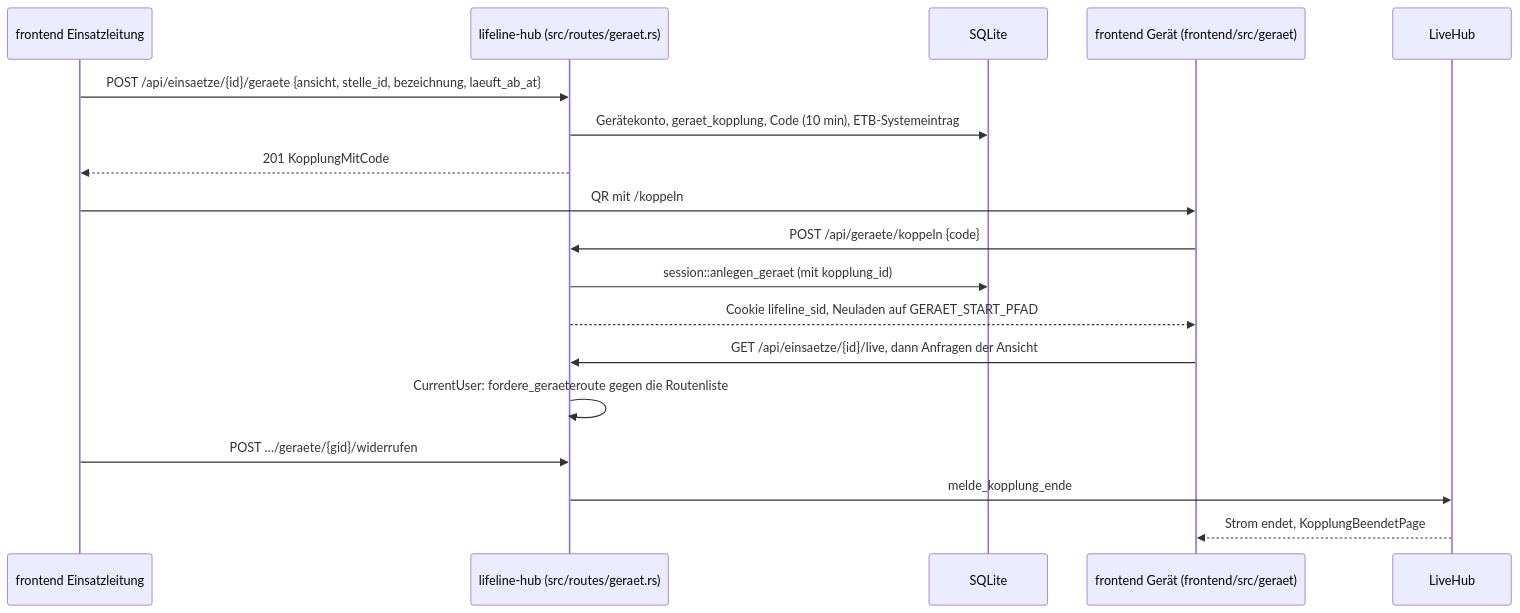
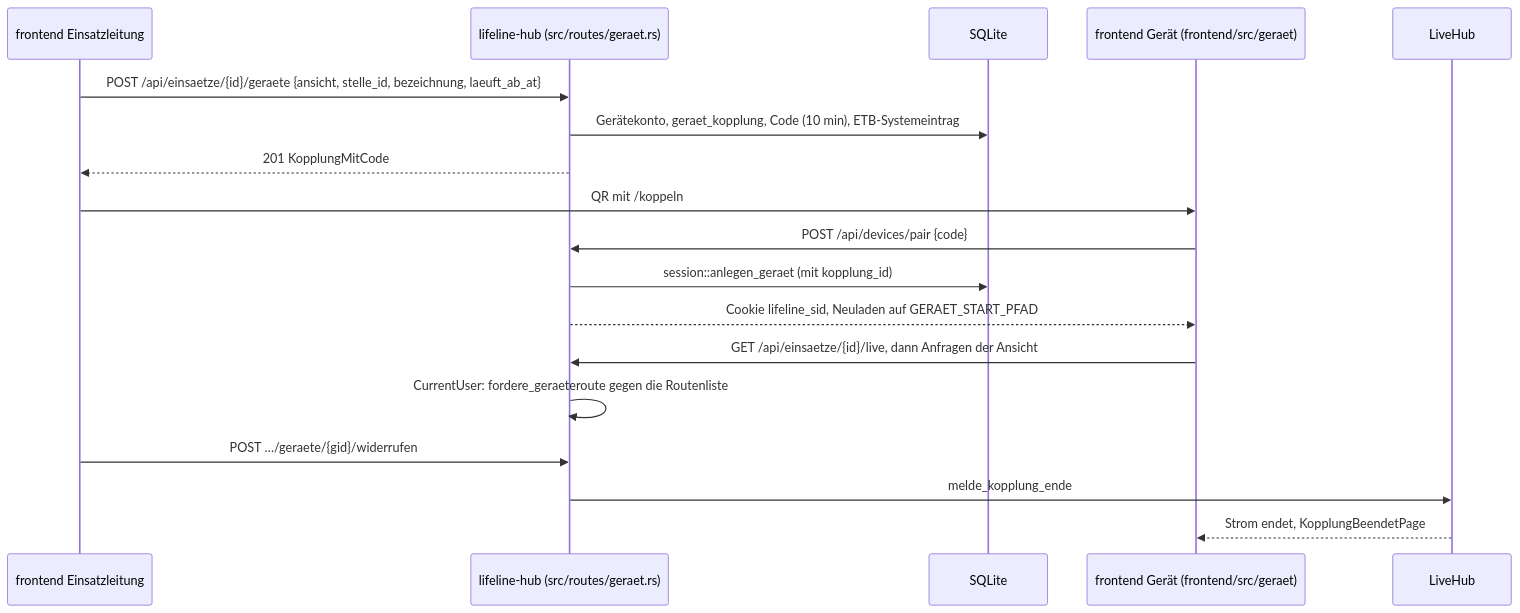
The seventh of 19 diagrams in docs/architektur/06-laufzeitsicht.md (rubenvitt/lifeline-hub), drawn with Mermaid before and after one commit. The commit also changed other lines of this file and 261 other files, not shown here.

````diff
--- a/docs/architektur/06-laufzeitsicht.md
+++ b/docs/architektur/06-laufzeitsicht.md
@@ -255,20 +255,20 @@
 ```mermaid
 sequenceDiagram
   participant EL as frontend Einsatzleitung
   participant BE as lifeline-hub (src/routes/geraet.rs)
   participant DB as SQLite
   participant G as frontend Gerät (frontend/src/geraet)
   participant Hub as LiveHub
   EL->>BE: POST /api/einsaetze/{id}/geraete {ansicht, stelle_id, bezeichnung, laeuft_ab_at}
   BE->>DB: Gerätekonto, geraet_kopplung, Code (10 min), ETB-Systemeintrag
   BE-->>EL: 201 KopplungMitCode
   EL->>G: QR mit /koppeln#CODE
-  G->>BE: POST /api/geraete/koppeln {code}
+  G->>BE: POST /api/devices/pair {code}
   BE->>DB: session::anlegen_geraet (mit kopplung_id)
   BE-->>G: Cookie lifeline_sid, Neuladen auf GERAET_START_PFAD
   G->>BE: GET /api/einsaetze/{id}/live, dann Anfragen der Ansicht
   BE->>BE: CurrentUser: fordere_geraeteroute gegen die Routenliste
   EL->>BE: POST …/geraete/{gid}/widerrufen
   BE->>Hub: melde_kopplung_ende
   Hub-->>G: Strom endet, KopplungBeendetPage
 ```
````
